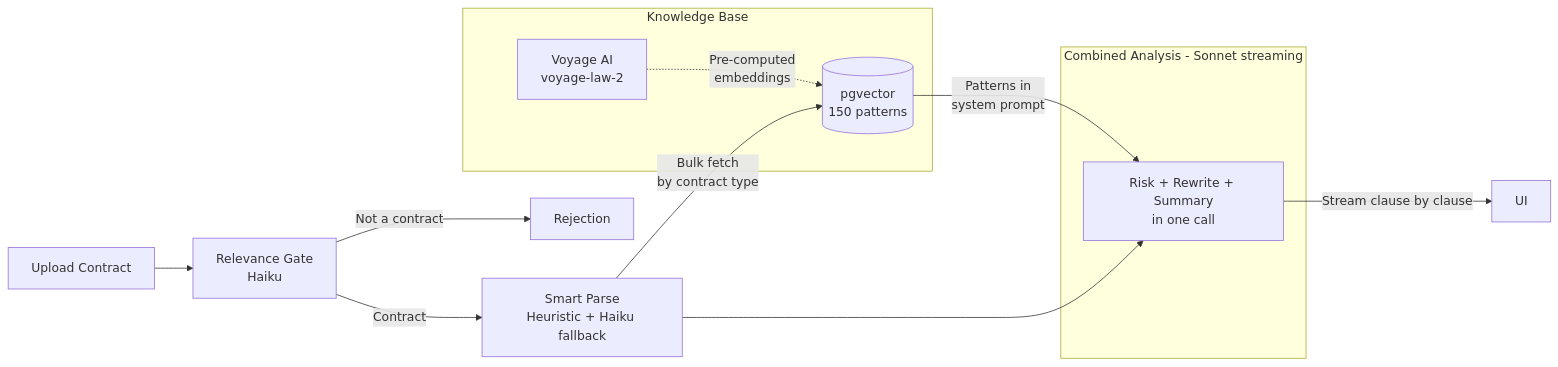
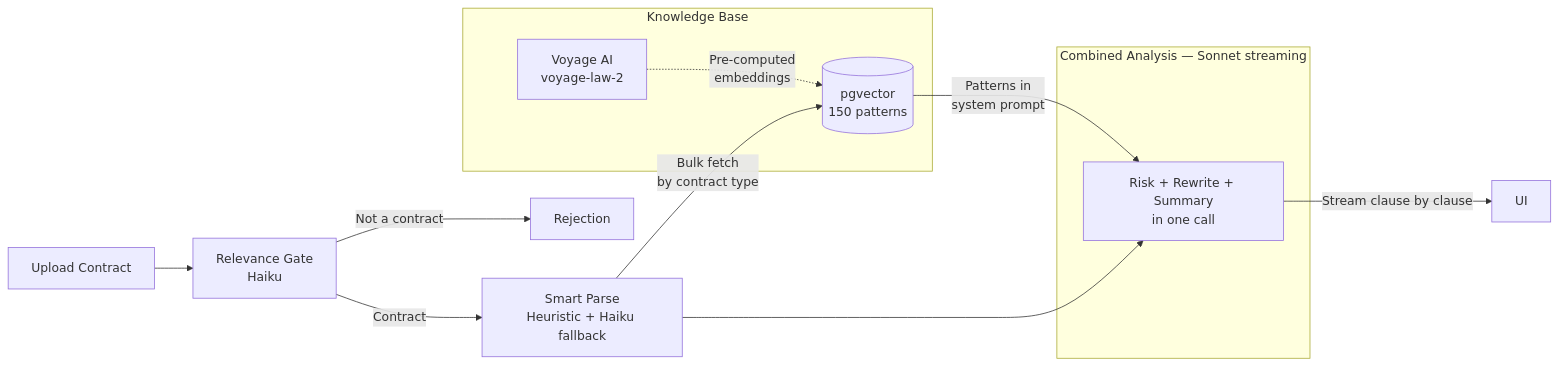
One commit to luclacombe/red-flag-ai changed the diagram in README.md. Above: the diagram before and after it, drawn with Mermaid. The commit also changed other lines of this file and 11 other files, not shown here.

````diff
--- a/README.md
+++ b/README.md
@@ -23,20 +37,20 @@
 ```mermaid
 flowchart LR
     A[Upload Contract] --> B[Relevance Gate\nHaiku]
     B -->|Not a contract| C[Rejection]
     B -->|Contract| D[Smart Parse\nHeuristic + Haiku fallback]
     D --> E
 
-    subgraph SA[Combined Analysis - Sonnet streaming]
+    subgraph SA[Combined Analysis — Sonnet streaming]
         E[Risk + Rewrite + Summary\nin one call]
     end
 
     E -->|Stream clause by clause| F[UI]
 
     subgraph RAG[Knowledge Base]
         G[(pgvector\n150 patterns)] -->|Patterns in\nsystem prompt| E
         H[Voyage AI\nvoyage-law-2] -.->|Pre-computed\nembeddings| G
     end
 
     D -->|Bulk fetch\nby contract type| G
 ```
````
